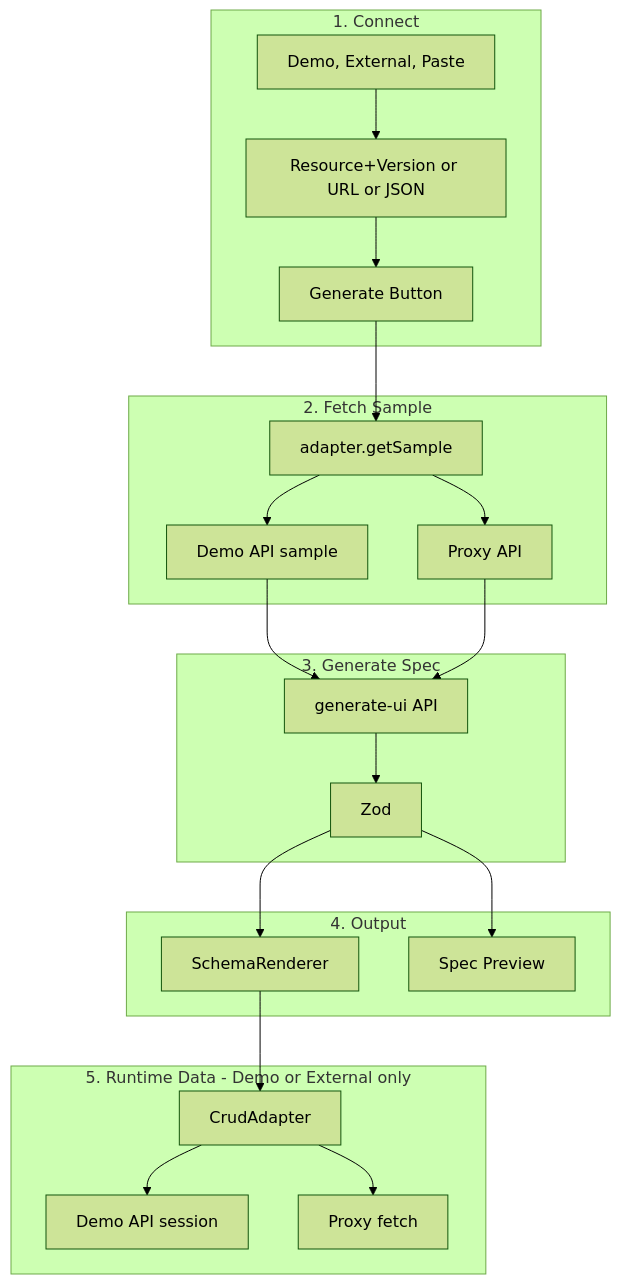
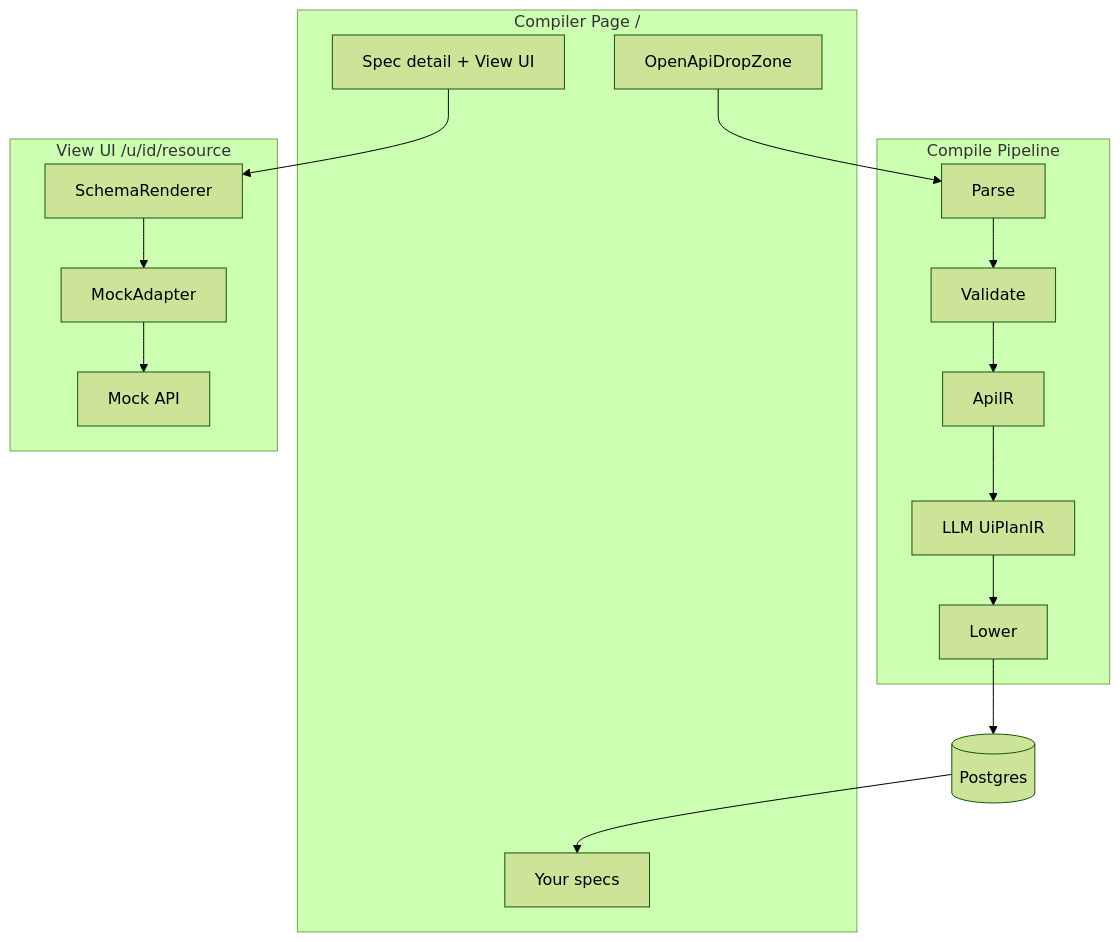
One commit to staskurg/rapid-ui changed the diagram in ARCHITECTURE.md. Above: the diagram before and after it, drawn with Mermaid (forest theme). The commit also changed other lines of this file and 9 other files, not shown here.

First line of the commit message:
docs: update documentation for MVP v3 OpenAPI compiler

````diff
--- a/ARCHITECTURE.md
+++ b/ARCHITECTURE.md
@@ -38,44 +50,33 @@
 ```mermaid
 graph TB
-    subgraph Connect [1. Connect]
-        Tabs[Demo, External, Paste]
-        Config[Resource+Version or URL or JSON]
-        Generate[Generate Button]
+    subgraph Compiler [Compiler Page /]
+        Drop[OpenApiDropZone]
+        List[Your specs]
+        Detail[Spec detail + View UI]
     end
 
-    subgraph Sample [2. Fetch Sample]
-        GetSample[adapter.getSample]
-        DemoAPI[Demo API sample]
-        ProxyAPI[Proxy API]
+    subgraph Compile [Compile Pipeline]
+        Parse[Parse]
+        Validate[Validate]
+        ApiIR[ApiIR]
+        LLM[LLM UiPlanIR]
+        Lower[Lower]
     end
 
-    subgraph Spec [3. Generate Spec]
-        GenerateUI[generate-ui API]
-        Validate[Zod]
+    subgraph Runtime [View UI /u/id/resource]
+        Renderer[SchemaRenderer]
+        Adapter[MockAdapter]
+        MockAPI[Mock API]
     end
 
-    subgraph Output [4. Output]
-        Renderer[SchemaRenderer]
-        SpecPreview[Spec Preview]
-    end
-
-    subgraph Runtime [5. Runtime Data - Demo or External only]
-        Adapter[CrudAdapter]
-        DemoSession[Demo API session]
-        ProxyFetch[Proxy fetch]
-    end
-
-    Tabs --> Config
-    Config --> Generate
-    Generate --> GetSample
-    GetSample --> DemoAPI
-    GetSample --> ProxyAPI
-    DemoAPI --> GenerateUI
-    ProxyAPI --> GenerateUI
-    GenerateUI --> Validate
-    Validate --> Renderer
-    Validate --> SpecPreview
+    Drop --> Parse
+    Parse --> Validate
+    Validate --> ApiIR
+    ApiIR --> LLM
+    LLM --> Lower
+    Lower --> Store[(Postgres)]
+    Store --> List
+    Detail --> Renderer
     Renderer --> Adapter
-    Adapter --> DemoSession
-    Adapter --> ProxyFetch
+    Adapter --> MockAPI
 ```
````
